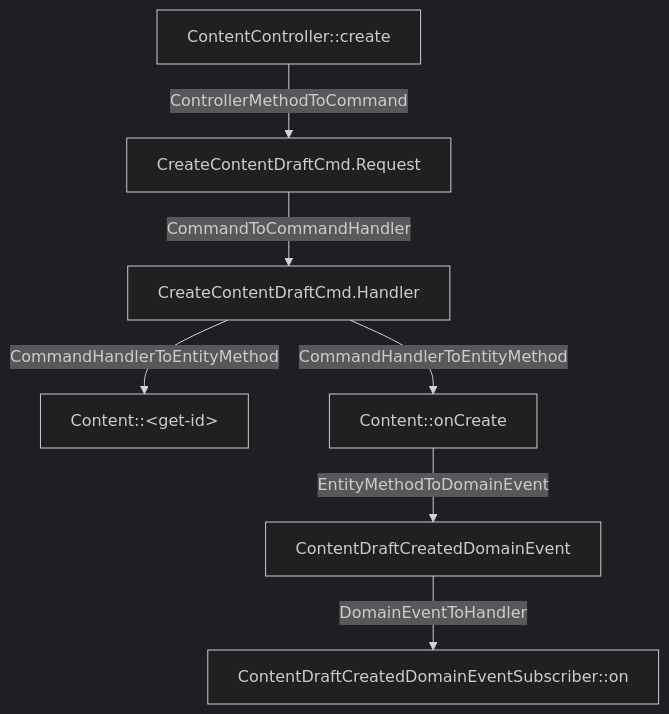
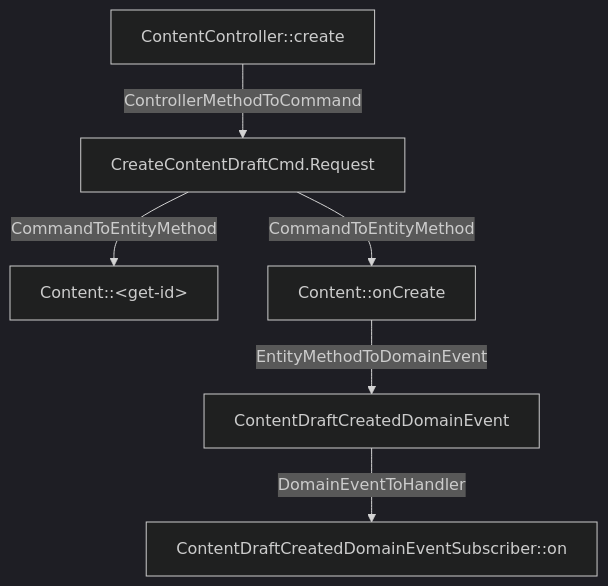
The diagram in analysis/flows/com_only4_cap4k_reference_contentstudio_adapter_http_ContentController_create.mmd (LDmoxeii/cap4k-reference-content-studio), drawn with Mermaid (dark theme) before and after one commit. The commit also changed 32 other files, not shown here.

Commit message:
chore: regenerate analysis flows

```diff
--- a/analysis/flows/com_only4_cap4k_reference_contentstudio_adapter_http_ContentController_create.mmd
+++ b/analysis/flows/com_only4_cap4k_reference_contentstudio_adapter_http_ContentController_create.mmd
@@ -1,14 +1,12 @@
 flowchart TD
   N1[ContentController::create]
-  N2[CreateContentDraftCmd.Handler]
-  N3[CreateContentDraftCmd.Request]
-  N4[ContentDraftCreatedDomainEventSubscriber::on]
-  N5[Content::&lt;get-id&gt;]
-  N6[Content::onCreate]
-  N7[ContentDraftCreatedDomainEvent]
-  N1 -->|ControllerMethodToCommand| N3
-  N2 -->|CommandHandlerToEntityMethod| N5
-  N2 -->|CommandHandlerToEntityMethod| N6
-  N3 -->|CommandToCommandHandler| N2
-  N6 -->|EntityMethodToDomainEvent| N7
-  N7 -->|DomainEventToHandler| N4
+  N2[CreateContentDraftCmd.Request]
+  N3[ContentDraftCreatedDomainEventSubscriber::on]
+  N4[Content::&lt;get-id&gt;]
+  N5[Content::onCreate]
+  N6[ContentDraftCreatedDomainEvent]
+  N1 -->|ControllerMethodToCommand| N2
+  N2 -->|CommandToEntityMethod| N4
+  N2 -->|CommandToEntityMethod| N5
+  N5 -->|EntityMethodToDomainEvent| N6
+  N6 -->|DomainEventToHandler| N3
```
